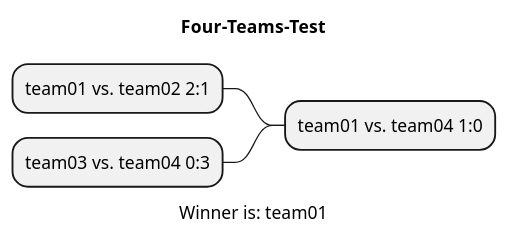
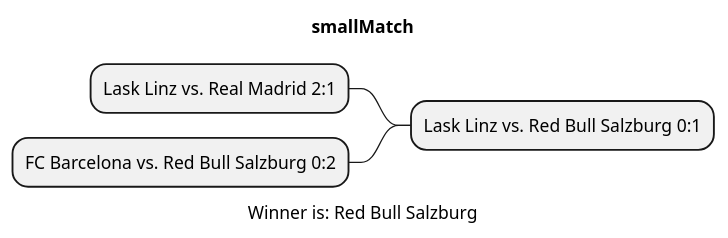
Before and after one commit to htl-leonding-project/2022-4ahif-autohaus: the diagram in asciidocs/plantuml/Result.puml, drawn with PlantUML. The commit also changed 4 other files, not shown here.

```diff
--- a/asciidocs/plantuml/Result.puml
+++ b/asciidocs/plantuml/Result.puml
@@ -1,10 +1,10 @@
-@startmindmap Four-Teams-Test.png
-title Four-Teams-Test
+@startmindmap smallMatch.png
+title smallMatch
 
-- team01 vs. team04 1:0
+- Lask Linz vs. Red Bull Salzburg 0:1
 
--- team01 vs. team02 2:1
+-- Lask Linz vs. Real Madrid 2:1
 
--- team03 vs. team04 0:3
-caption Winner is: team01
+-- FC Barcelona vs. Red Bull Salzburg 0:2
+caption Winner is: Red Bull Salzburg
 @endmindmap
```
